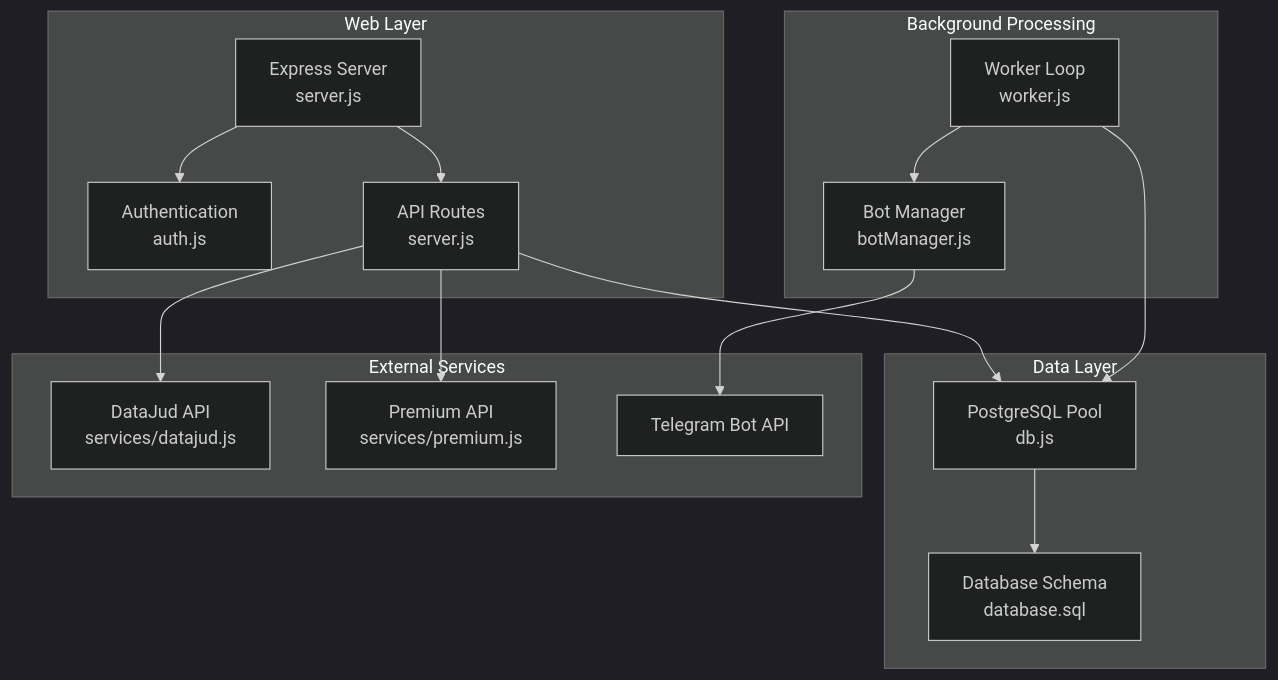
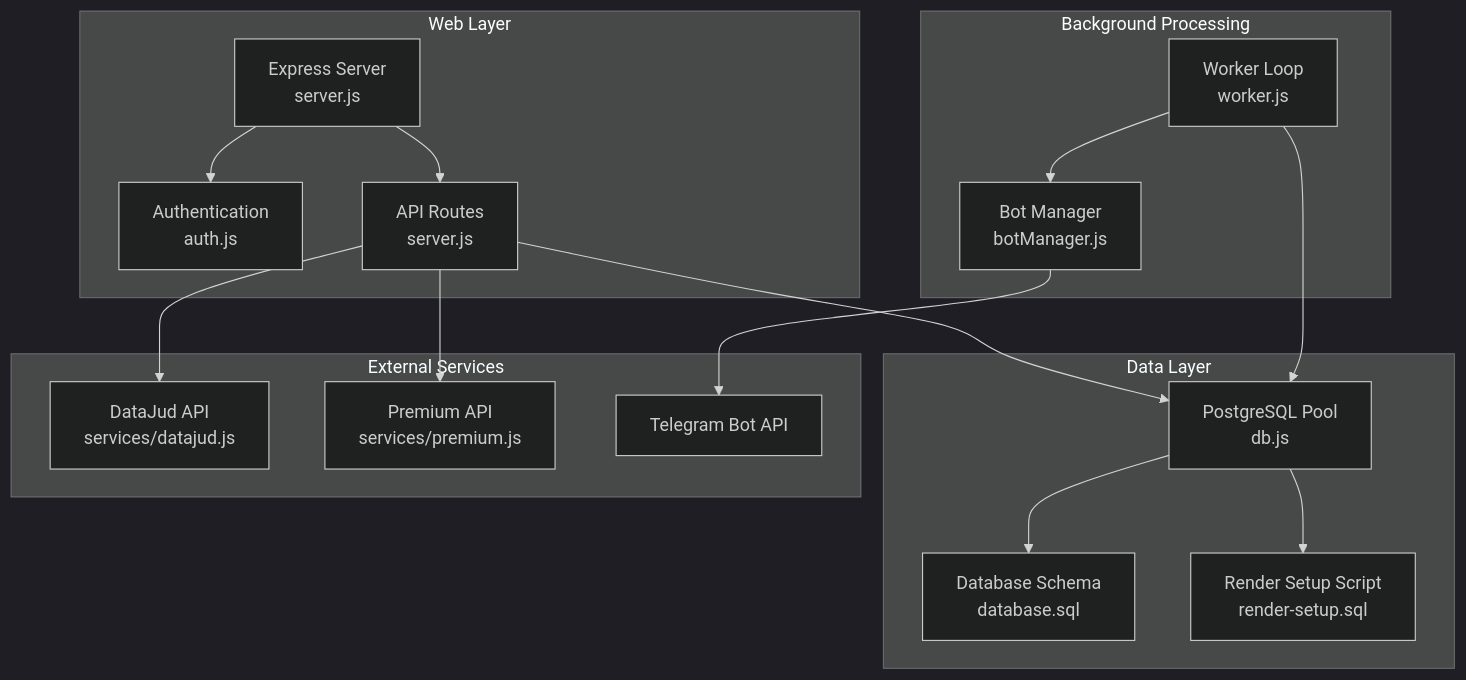
Before and after one commit to Alexandrexicara/bot-processos: the first of 5 diagrams in .qoder/repowiki/en/content/Deployment Guide.md, drawn with Mermaid (dark theme). The commit also changed other lines of this file and 10 other files, not shown here.

````diff
--- a/.qoder/repowiki/en/content/Deployment Guide.md
+++ b/.qoder/repowiki/en/content/Deployment Guide.md
@@ -45,30 +54,32 @@
 ```mermaid
 graph TB
 subgraph "Web Layer"
 Server["Express Server<br/>server.js"]
 Auth["Authentication<br/>auth.js"]
 Router["API Routes<br/>server.js"]
 end
 subgraph "Background Processing"
 Worker["Worker Loop<br/>worker.js"]
 BotMgr["Bot Manager<br/>botManager.js"]
 end
 subgraph "Data Layer"
 DBPool["PostgreSQL Pool<br/>db.js"]
 Schema["Database Schema<br/>database.sql"]
+RenderSetup["Render Setup Script<br/>render-setup.sql"]
 end
 subgraph "External Services"
 DataJud["DataJud API<br/>services/datajud.js"]
 Premium["Premium API<br/>services/premium.js"]
 Telegram["Telegram Bot API"]
 end
 Server --> Auth
 Server --> Router
 Worker --> DBPool
 Worker --> BotMgr
 BotMgr --> Telegram
 Router --> DBPool
 Router --> DataJud
 Router --> Premium
 DBPool --> Schema
+DBPool --> RenderSetup
 ```
````
